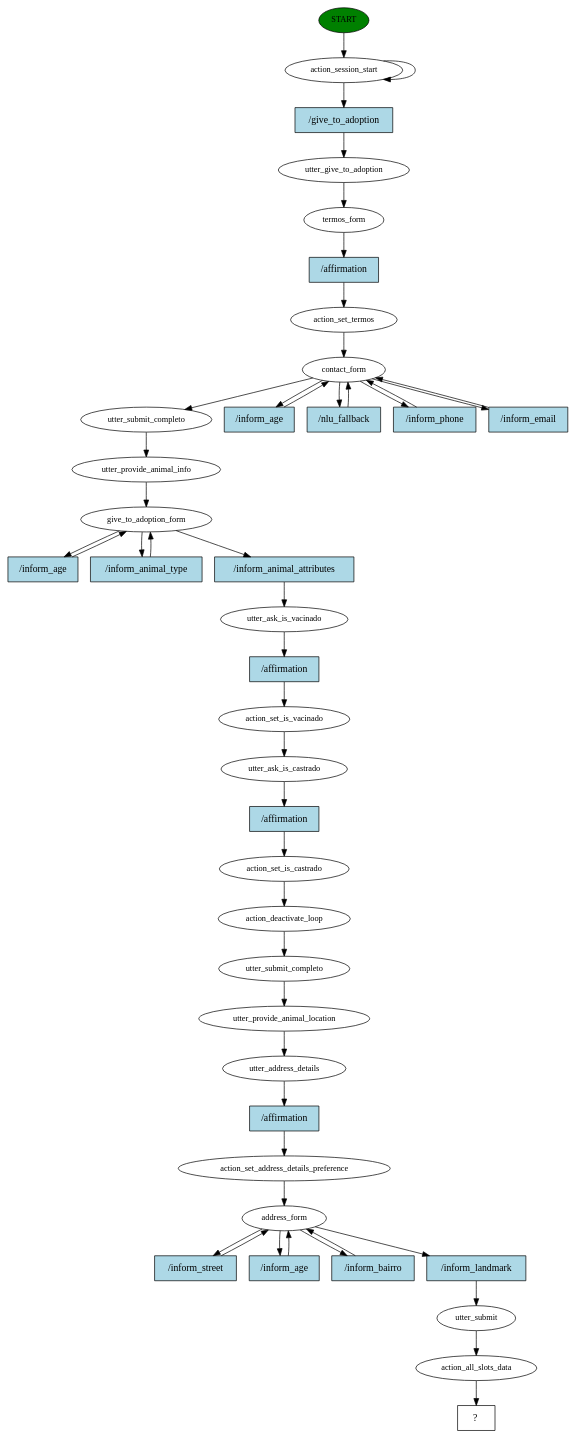
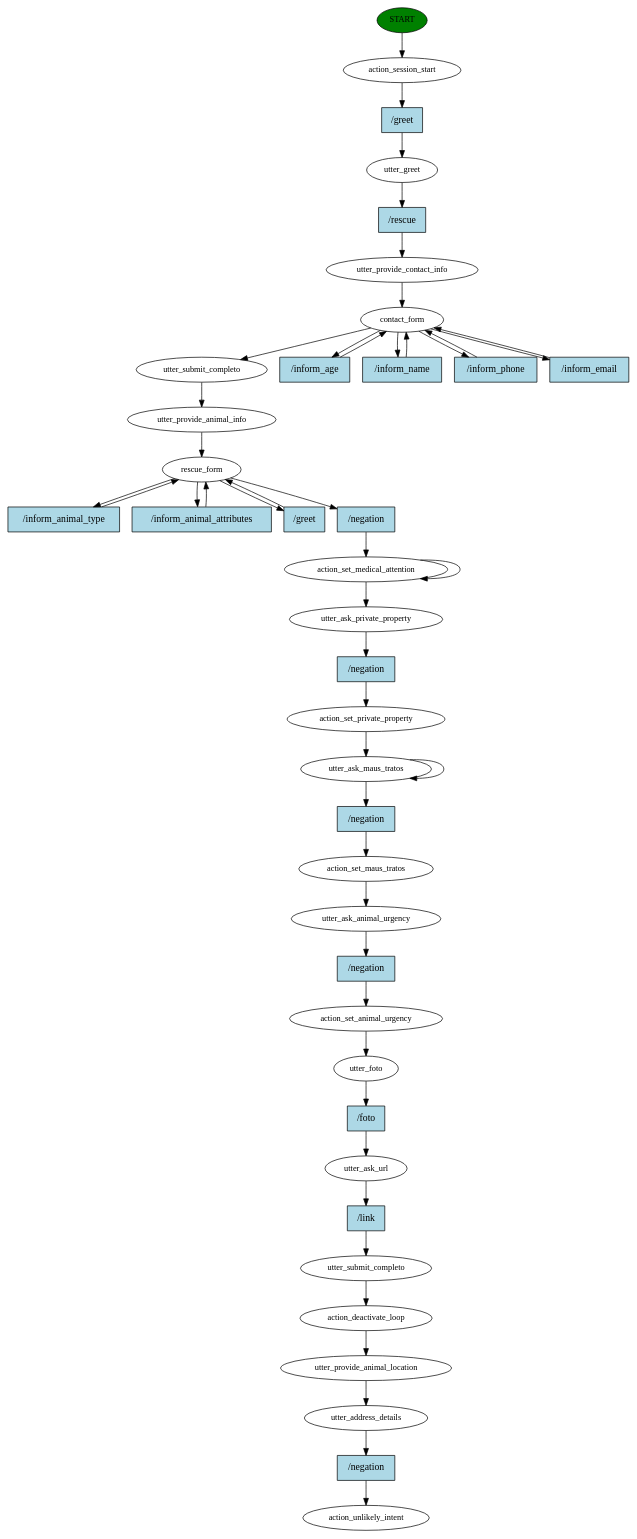
One commit to mercurioLino/av-daap changed the diagram in story_graph.dot. Above: the diagram before and after it, drawn with Graphviz. The commit also changed 17 other files, not shown here.

```diff
--- a/story_graph.dot
+++ b/story_graph.dot
@@ -1,87 +1,86 @@
 digraph  {
 0 [class="start active", fillcolor=green, fontsize=12, label=START, style=filled];
 1 [class=active, fontsize=12, label=action_session_start];
-3 [class=active, fontsize=12, label=utter_give_to_adoption];
-4 [class=active, fontsize=12, label=termos_form];
-5 [class=active, fontsize=12, label=action_set_termos];
-6 [class=active, fontsize=12, label=contact_form];
-11 [class=active, fontsize=12, label=utter_submit_completo];
-12 [class=active, fontsize=12, label=utter_provide_animal_info];
-13 [class=active, fontsize=12, label=give_to_adoption_form];
-16 [class=active, fontsize=12, label=utter_ask_is_vacinado];
-17 [class=active, fontsize=12, label=action_set_is_vacinado];
-18 [class=active, fontsize=12, label=utter_ask_is_castrado];
-19 [class=active, fontsize=12, label=action_set_is_castrado];
-20 [class=active, fontsize=12, label=action_deactivate_loop];
-21 [class=active, fontsize=12, label=utter_submit_completo];
-22 [class=active, fontsize=12, label=utter_provide_animal_location];
-23 [class=active, fontsize=12, label=utter_address_details];
-24 [class=active, fontsize=12, label=action_set_address_details_preference];
-25 [class=active, fontsize=12, label=address_form];
-29 [class=active, fontsize=12, label=utter_submit];
-30 [class=active, fontsize=12, label=action_all_slots_data];
-31 [class="intent dashed active", label="  ?  ", shape=rect];
-32 [class="intent active", fillcolor=lightblue, label="/give_to_adoption", shape=rect, style=filled];
-33 [class="intent active", fillcolor=lightblue, label="/affirmation", shape=rect, style=filled];
+2 [class=active, fontsize=12, label=utter_greet];
+3 [class=active, fontsize=12, label=utter_provide_contact_info];
+4 [class=active, fontsize=12, label=contact_form];
+9 [class=active, fontsize=12, label=utter_submit_completo];
+10 [class=active, fontsize=12, label=utter_provide_animal_info];
+11 [class=active, fontsize=12, label=rescue_form];
+15 [class=active, fontsize=12, label=action_set_medical_attention];
+18 [class=active, fontsize=12, label=utter_ask_private_property];
+19 [class=active, fontsize=12, label=action_set_private_property];
+20 [class=active, fontsize=12, label=utter_ask_maus_tratos];
+22 [class=active, fontsize=12, label=action_set_maus_tratos];
+23 [class=active, fontsize=12, label=utter_ask_animal_urgency];
+24 [class=active, fontsize=12, label=action_set_animal_urgency];
+25 [class=active, fontsize=12, label=utter_foto];
+26 [class=active, fontsize=12, label=utter_ask_url];
+27 [class=active, fontsize=12, label=utter_submit_completo];
+28 [class=active, fontsize=12, label=action_deactivate_loop];
+29 [class=active, fontsize=12, label=utter_provide_animal_location];
+30 [class=active, fontsize=12, label=utter_address_details];
+31 [class="dashed active", fontsize=12, label=action_unlikely_intent];
+32 [class="intent active", fillcolor=lightblue, label="/greet", shape=rect, style=filled];
+33 [class="intent active", fillcolor=lightblue, label="/rescue", shape=rect, style=filled];
 34 [class="intent active", fillcolor=lightblue, label="/inform_age", shape=rect, style=filled];
-35 [class="intent active", fillcolor=lightblue, label="/nlu_fallback", shape=rect, style=filled];
+35 [class="intent active", fillcolor=lightblue, label="/inform_name", shape=rect, style=filled];
 36 [class="intent active", fillcolor=lightblue, label="/inform_phone", shape=rect, style=filled];
 37 [class="intent active", fillcolor=lightblue, label="/inform_email", shape=rect, style=filled];
-38 [class="intent active", fillcolor=lightblue, label="/inform_age", shape=rect, style=filled];
-39 [class="intent active", fillcolor=lightblue, label="/inform_animal_type", shape=rect, style=filled];
-40 [class="intent active", fillcolor=lightblue, label="/inform_animal_attributes", shape=rect, style=filled];
-41 [class="intent active", fillcolor=lightblue, label="/affirmation", shape=rect, style=filled];
-42 [class="intent active", fillcolor=lightblue, label="/affirmation", shape=rect, style=filled];
-43 [class="intent active", fillcolor=lightblue, label="/affirmation", shape=rect, style=filled];
-44 [class="intent active", fillcolor=lightblue, label="/inform_street", shape=rect, style=filled];
-45 [class="intent active", fillcolor=lightblue, label="/inform_age", shape=rect, style=filled];
-46 [class="intent active", fillcolor=lightblue, label="/inform_bairro", shape=rect, style=filled];
-47 [class="intent active", fillcolor=lightblue, label="/inform_landmark", shape=rect, style=filled];
+38 [class="intent active", fillcolor=lightblue, label="/inform_animal_type", shape=rect, style=filled];
+39 [class="intent active", fillcolor=lightblue, label="/inform_animal_attributes", shape=rect, style=filled];
+40 [class="intent active", fillcolor=lightblue, label="/greet", shape=rect, style=filled];
+41 [class="intent active", fillcolor=lightblue, label="/negation", shape=rect, style=filled];
+42 [class="intent active", fillcolor=lightblue, label="/negation", shape=rect, style=filled];
+43 [class="intent active", fillcolor=lightblue, label="/negation", shape=rect, style=filled];
+44 [class="intent active", fillcolor=lightblue, label="/negation", shape=rect, style=filled];
+45 [class="intent active", fillcolor=lightblue, label="/foto", shape=rect, style=filled];
+46 [class="intent active", fillcolor=lightblue, label="/link", shape=rect, style=filled];
+47 [class="intent active", fillcolor=lightblue, label="/negation", shape=rect, style=filled];
 0 -> 1  [class=active, key=NONE, label=""];
-1 -> 1  [class=active, key=NONE, label=""];
 1 -> 32  [class=active, key=0];
+2 -> 33  [class=active, key=0];
 3 -> 4  [class=active, key=NONE, label=""];
-4 -> 33  [class=active, key=0];
-5 -> 6  [class=active, key=NONE, label=""];
-6 -> 11  [class=active, key=NONE, label=""];
-6 -> 34  [class=active, key=0];
-6 -> 35  [class=active, key=0];
-6 -> 36  [class=active, key=0];
-6 -> 37  [class=active, key=0];
-11 -> 12  [class=active, key=NONE, label=""];
-12 -> 13  [class=active, key=NONE, label=""];
-13 -> 38  [class=active, key=0];
-13 -> 39  [class=active, key=0];
-13 -> 40  [class=active, key=0];
-16 -> 41  [class=active, key=0];
-17 -> 18  [class=active, key=NONE, label=""];
+4 -> 9  [class=active, key=NONE, label=""];
+4 -> 34  [class=active, key=0];
+4 -> 35  [class=active, key=0];
+4 -> 36  [class=active, key=0];
+4 -> 37  [class=active, key=0];
+9 -> 10  [class=active, key=NONE, label=""];
+10 -> 11  [class=active, key=NONE, label=""];
+11 -> 38  [class=active, key=0];
+11 -> 39  [class=active, key=0];
+11 -> 40  [class=active, key=0];
+11 -> 41  [class=active, key=0];
+15 -> 15  [class=active, key=NONE, label=""];
+15 -> 18  [class=active, key=NONE, label=""];
 18 -> 42  [class=active, key=0];
 19 -> 20  [class=active, key=NONE, label=""];
-20 -> 21  [class=active, key=NONE, label=""];
-21 -> 22  [class=active, key=NONE, label=""];
+20 -> 20  [class=active, key=NONE, label=""];
+20 -> 43  [class=active, key=0];
 22 -> 23  [class=active, key=NONE, label=""];
-23 -> 43  [class=active, key=0];
+23 -> 44  [class=active, key=0];
 24 -> 25  [class=active, key=NONE, label=""];
-25 -> 44  [class=active, key=0];
 25 -> 45  [class=active, key=0];
-25 -> 46  [class=active, key=0];
-25 -> 47  [class=active, key=0];
+26 -> 46  [class=active, key=0];
+27 -> 28  [class=active, key=NONE, label=""];
+28 -> 29  [class=active, key=NONE, label=""];
 29 -> 30  [class=active, key=NONE, label=""];
-30 -> 31  [class=active, key=NONE, label=""];
-32 -> 3  [class=active, key=0];
-33 -> 5  [class=active, key=0];
-34 -> 6  [class=active, key=0];
-35 -> 6  [class=active, key=0];
-36 -> 6  [class=active, key=0];
-37 -> 6  [class=active, key=0];
-38 -> 13  [class=active, key=0];
-39 -> 13  [class=active, key=0];
-40 -> 16  [class=active, key=0];
-41 -> 17  [class=active, key=0];
+30 -> 47  [class=active, key=0];
+32 -> 2  [class=active, key=0];
+33 -> 3  [class=active, key=0];
+34 -> 4  [class=active, key=0];
+35 -> 4  [class=active, key=0];
+36 -> 4  [class=active, key=0];
+37 -> 4  [class=active, key=0];
+38 -> 11  [class=active, key=0];
+39 -> 11  [class=active, key=0];
+40 -> 11  [class=active, key=0];
+41 -> 15  [class=active, key=0];
 42 -> 19  [class=active, key=0];
-43 -> 24  [class=active, key=0];
-44 -> 25  [class=active, key=0];
-45 -> 25  [class=active, key=0];
-46 -> 25  [class=active, key=0];
-47 -> 29  [class=active, key=0];
+43 -> 22  [class=active, key=0];
+44 -> 24  [class=active, key=0];
+45 -> 26  [class=active, key=0];
+46 -> 27  [class=active, key=0];
+47 -> 31  [class=active, key=0];
 }
```
